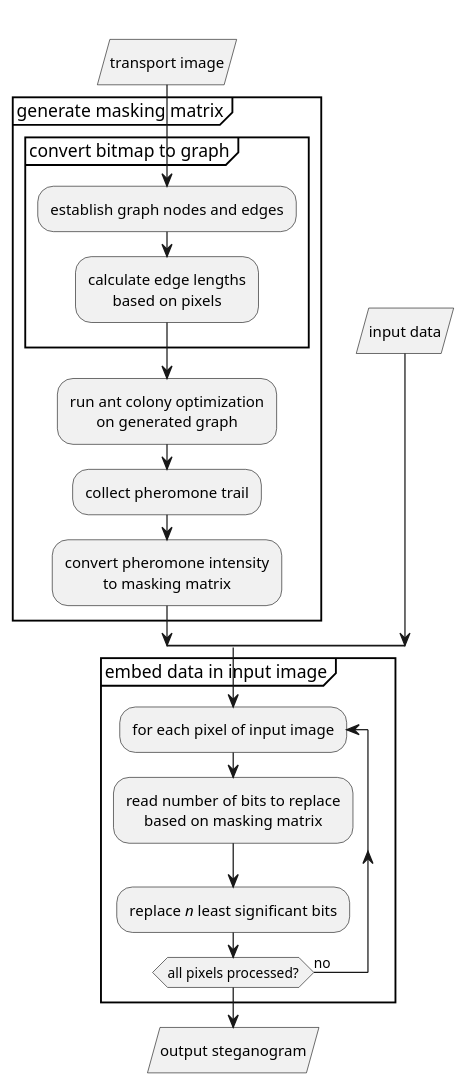
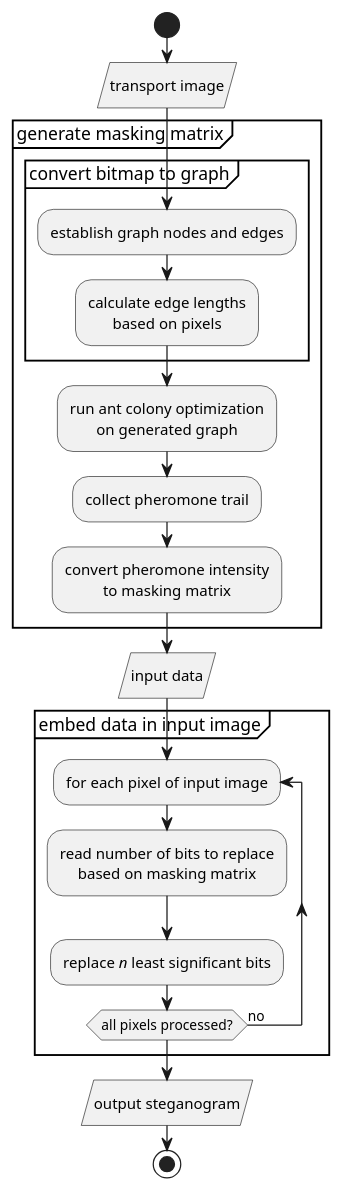
The diagram in assets/embed.plantuml (GrzegorzKazana/stegano-ants), drawn with PlantUML before and after one commit. The commit also changed 1 other file, not shown here.

Commit message:
fix: algorithm flowcharts

```diff
--- a/assets/embed.plantuml
+++ b/assets/embed.plantuml
@@ -1,36 +1,35 @@
-@startuml
+@startuml embed
 skinparam defaultTextAlignment center
-split
-    -[hidden]->
-    :transport image/
+start
 
-    partition "generate masking matrix" {
-        partition "convert bitmap to graph" {
-            :establish graph nodes and edges;
-            :calculate edge lengths
-            based on pixels;
-        }
+:transport image/
 
-        :run ant colony optimization
-        on generated graph;
+partition "generate masking matrix" {
+    partition "convert bitmap to graph" {
+        :establish graph nodes and edges;
+        :calculate edge lengths
+        based on pixels;
+    }
 
-        :collect pheromone trail;
+    :run ant colony optimization
+    on generated graph;
 
-        :convert pheromone intensity
-        to masking matrix;
-    }
-split again
-    -[hidden]->
-    :input data/
-end split
+    :collect pheromone trail;
+
+    :convert pheromone intensity
+    to masking matrix;
+}
+
+:input data/
 
 partition "embed data in input image" {
   repeat :for each pixel of input image;
   :read number of bits to replace
   based on masking matrix;
   :replace //n// least significant bits;
   repeat while (all pixels processed?) is (no)
 }
 
 :output steganogram/
+stop
 @enduml
```
